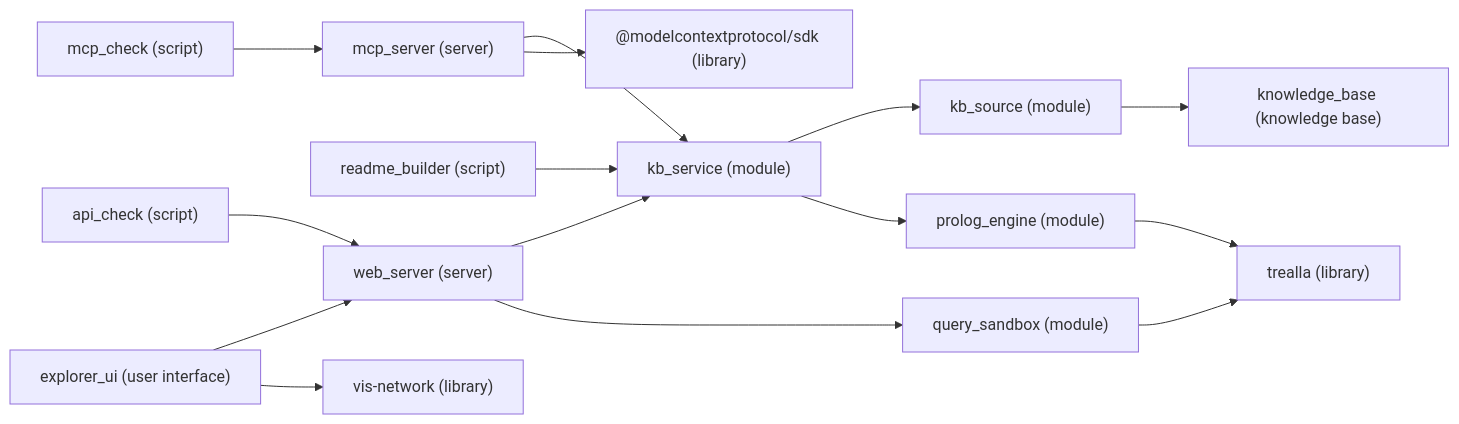
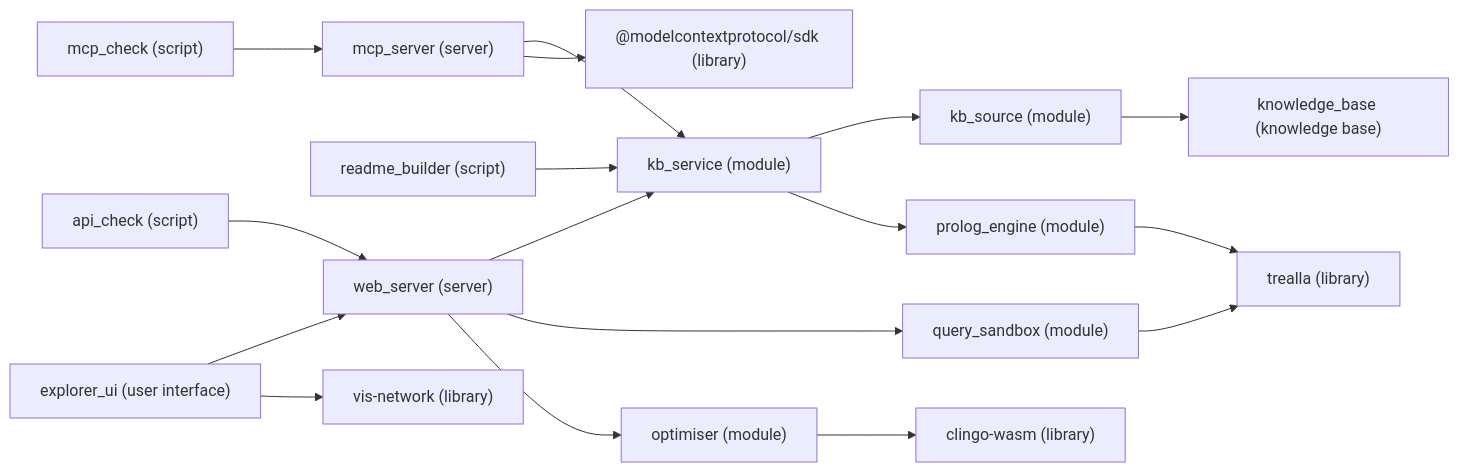
One commit to liquidityhouse/onboarding changed the diagram in README.md. Above: the diagram before and after it, drawn with Mermaid. The commit also changed other lines of this file and 5 other files, not shown here.

````diff
--- a/README.md
+++ b/README.md
@@ -11,31 +11,35 @@
 ```mermaid
 graph LR
   n0["@modelcontextprotocol/sdk (library)"]
   n1["api_check (script)"]
-  n2["explorer_ui (user interface)"]
-  n3["kb_service (module)"]
-  n4["kb_source (module)"]
-  n5["knowledge_base (knowledge base)"]
-  n6["mcp_check (script)"]
-  n7["mcp_server (server)"]
-  n8["prolog_engine (module)"]
-  n9["query_sandbox (module)"]
-  n10["readme_builder (script)"]
-  n11["trealla (library)"]
-  n12["vis-network (library)"]
-  n13["web_server (server)"]
-  n2 --> n13
-  n2 --> n12
-  n13 --> n3
-  n13 --> n9
-  n7 --> n3
-  n7 --> n0
-  n3 --> n4
-  n3 --> n8
+  n2["clingo-wasm (library)"]
+  n3["explorer_ui (user interface)"]
+  n4["kb_service (module)"]
+  n5["kb_source (module)"]
+  n6["knowledge_base (knowledge base)"]
+  n7["mcp_check (script)"]
+  n8["mcp_server (server)"]
+  n9["optimiser (module)"]
+  n10["prolog_engine (module)"]
+  n11["query_sandbox (module)"]
+  n12["readme_builder (script)"]
+  n13["trealla (library)"]
+  n14["vis-network (library)"]
+  n15["web_server (server)"]
+  n3 --> n15
+  n3 --> n14
+  n15 --> n4
+  n15 --> n11
+  n15 --> n9
+  n8 --> n4
+  n8 --> n0
   n4 --> n5
-  n8 --> n11
-  n9 --> n11
-  n10 --> n3
-  n1 --> n13
-  n6 --> n7
+  n4 --> n10
+  n5 --> n6
+  n10 --> n13
+  n11 --> n13
+  n9 --> n2
+  n12 --> n4
+  n1 --> n15
+  n7 --> n8
 ```
````
